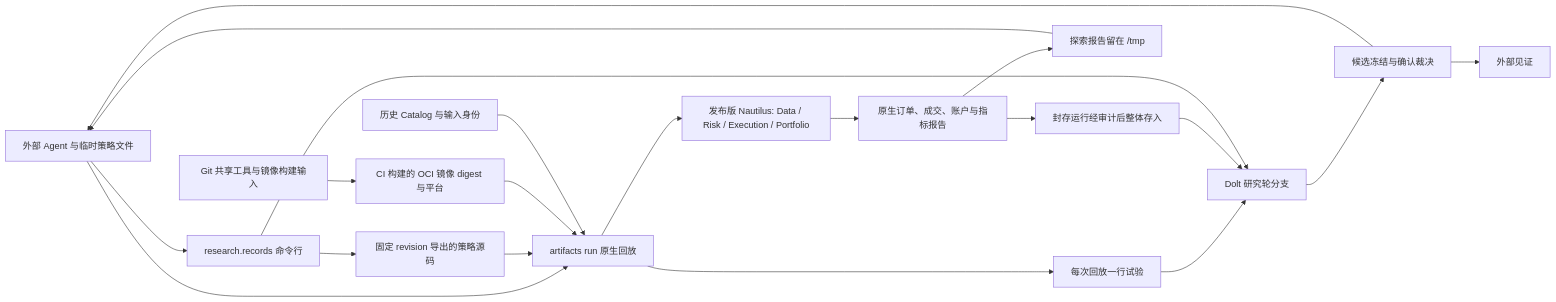
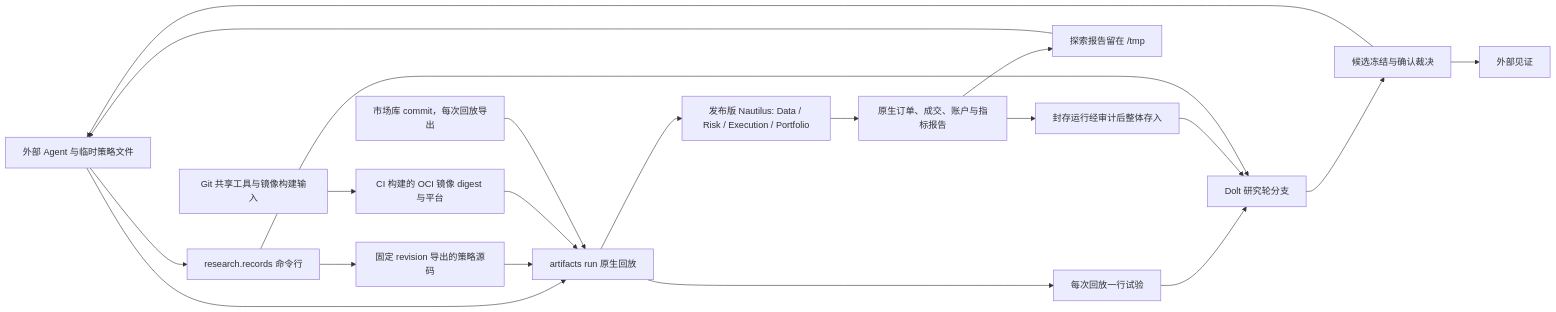
Before and after one commit to qOeOp/trade: the diagram in docs/architecture.zh.md, drawn with Mermaid. The commit also changed other lines of this file and 19 other files, not shown here.

````diff
--- a/docs/architecture.zh.md
+++ b/docs/architecture.zh.md
@@ -18,22 +18,22 @@
 ```mermaid
 flowchart LR
   A[外部 Agent 与临时策略文件] --> Q[research.records 命令行]
   Q --> S[固定 revision 导出的策略源码]
   A --> R[artifacts run 原生回放]
   S --> R
   G[Git 共享工具与镜像构建输入] --> I[CI 构建的 OCI 镜像 digest 与平台]
   I --> R
-  D[历史 Catalog 与输入身份] --> R
+  D[市场库 commit，每次回放导出] --> R
   R --> T[每次回放一行试验]
   R --> N[发布版 Nautilus: Data / Risk / Execution / Portfolio]
   N --> E[原生订单、成交、账户与指标报告]
   E --> X["探索报告留在 /tmp"]
   E --> U[封存运行经审计后整体存入]
   T --> L[Dolt 研究轮分支]
   U --> L
   Q --> L
   L --> F[候选冻结与确认裁决]
   F --> W[外部见证]
   F --> A
   X --> A
 ```
````
